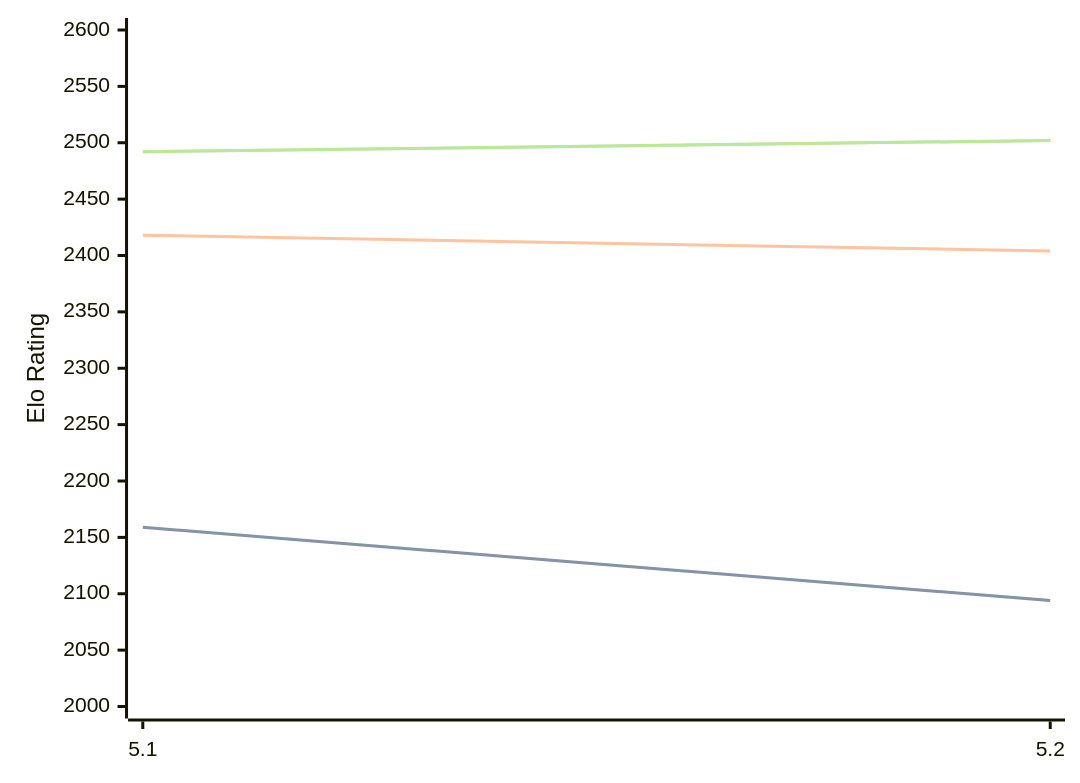
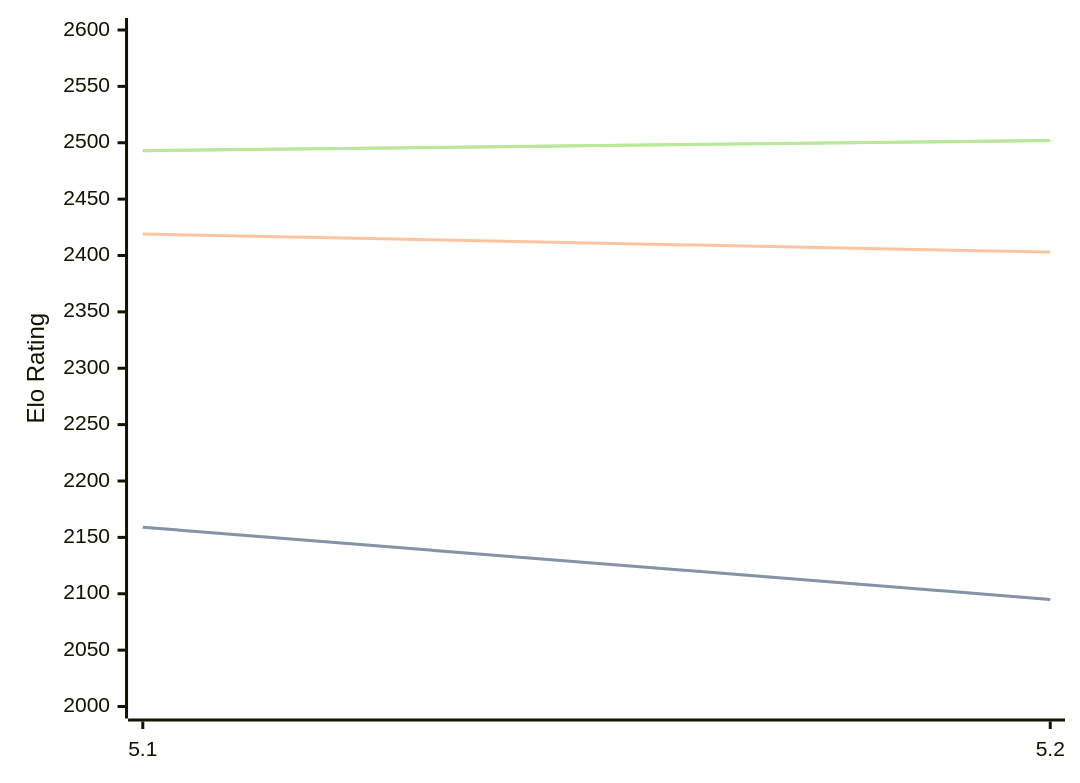
Before and after one commit to computer-chess-index/cci: the diagram in engines/Prophet.md, drawn with Mermaid. The commit also changed other lines of this file, not shown here.

Commit message:
Update CCI Ratings (ELO VLTC) - 2026-05-22

````diff
--- a/engines/Prophet.md
+++ b/engines/Prophet.md
@@ -38,11 +38,11 @@
 ```mermaid
 %%{init: {"theme":"base","themeVariables":{"seriesColors:['#a3a3a3','#222221','#faa371']}}}%%
 xychart-beta
   x-axis ["5.1", "5.2"]
   y-axis "Elo Rating" 2000 --> 2600
-  line "STC (8.0+0.08s)" [2159, 2094]
-  line "STC (8.0+0.08s)" [2159, 2094]
-  line "LTC (60.0+0.60s)" [2418, 2404]
-  line "VLTC (2m24s+1.12s)" [2492, 2502]
-  line "VLTC (2m24s+1.12s)" [2492, 2502]
+  line "STC (8.0+0.08s)" [2159, 2095]
+  line "STC (8.0+0.08s)" [2159, 2095]
+  line "LTC (60.0+0.60s)" [2419, 2403]
+  line "VLTC (2m24s+1.12s)" [2493, 2502]
+  line "VLTC (2m24s+1.12s)" [2493, 2502]
 ```
````
